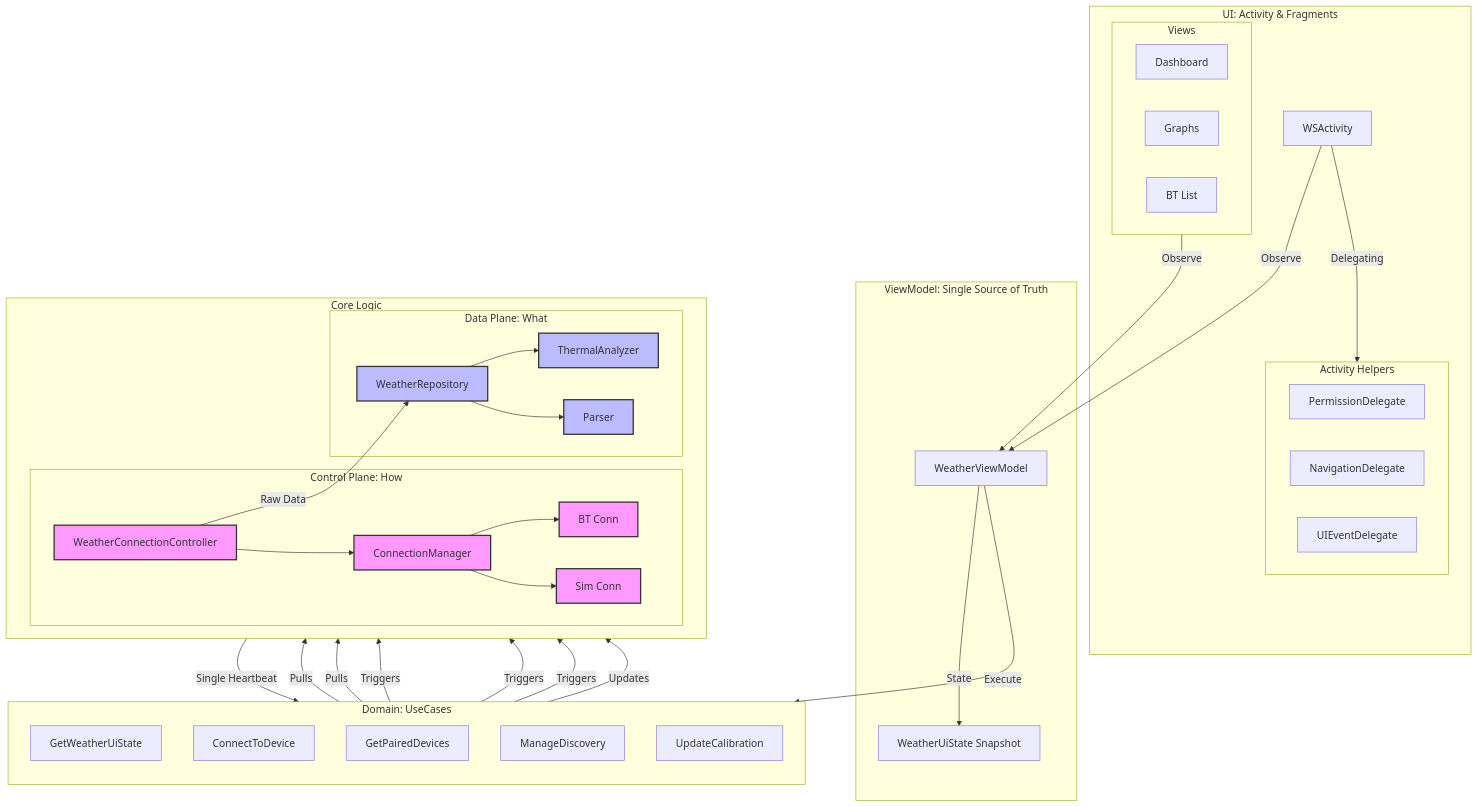
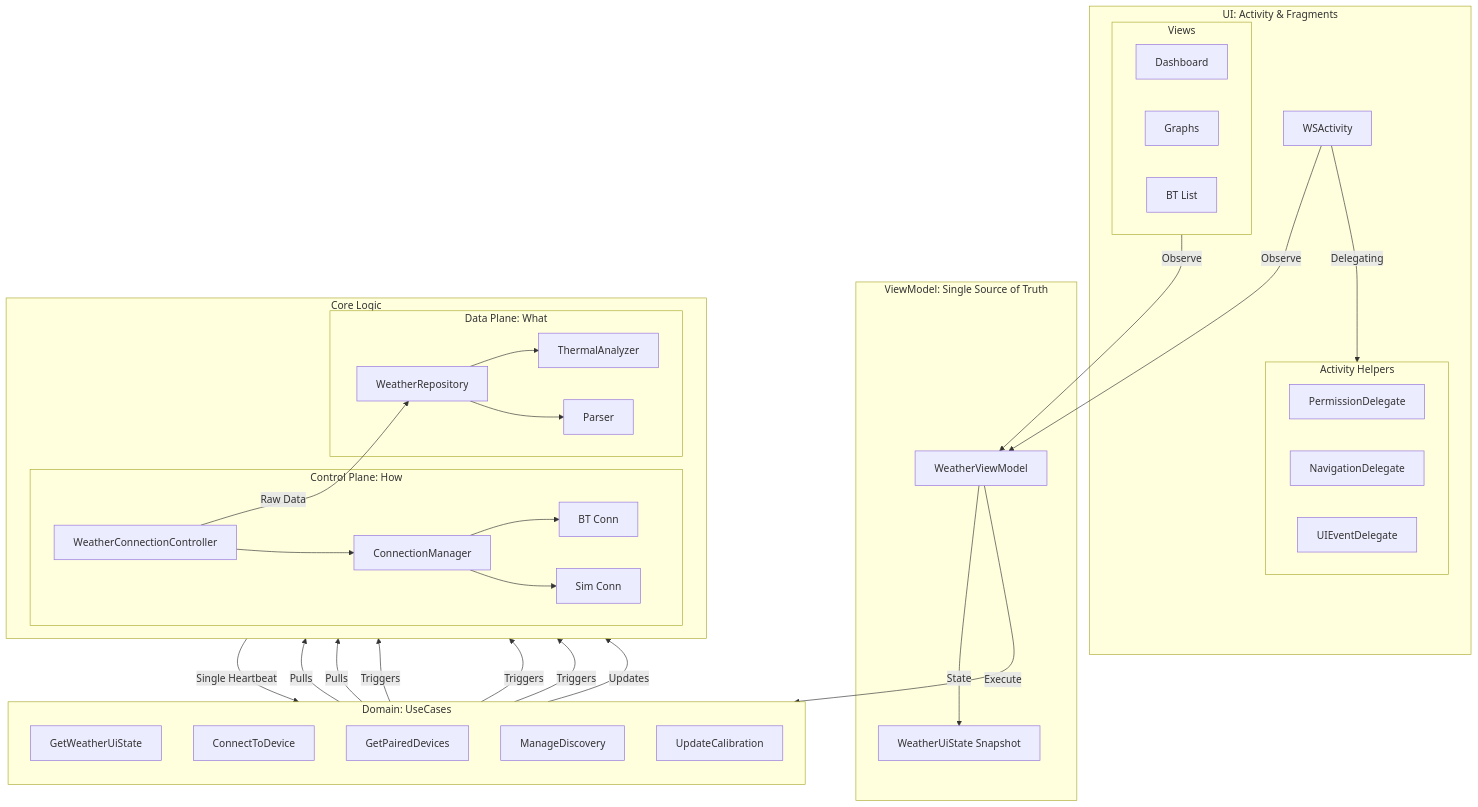
The diagram in ARCHITECTURE.md (Kresshy/Weather-Station), drawn with Mermaid before and after one commit.

Commit message:
Docs: Remove color styling from architecture diagram for better readability

````diff
--- a/ARCHITECTURE.md
+++ b/ARCHITECTURE.md
@@ -19,79 +19,73 @@
 ```mermaid
 graph TD
     %% 1. UI LAYER (Top)
     subgraph UI_Layer [UI: Activity & Fragments]
         WSA[WSActivity]
         
         subgraph Activity_Delegates [Activity Helpers]
             PD[PermissionDelegate]
             ND[NavigationDelegate]
             UED[UIEventDelegate]
         end
         
         subgraph Fragments [Views]
             DF[Dashboard]
             GVF[Graphs]
             BDLF[BT List]
         end
     end
 
     %% 2. VIEWMODEL LAYER
     subgraph VM_Layer [ViewModel: Single Source of Truth]
         WVM[WeatherViewModel]
         WUS[WeatherUiState Snapshot]
     end
 
     %% 3. DOMAIN LAYER (Business Logic)
     subgraph Domain_Layer [Domain: UseCases]
         direction TB
         GWUS[GetWeatherUiState]
         CTD[ConnectToDevice]
         GPD[GetPairedDevices]
         MD[ManageDiscovery]
         UC[UpdateCalibration]
     end
 
     %% 4. PLANES (Implementation)
     subgraph Planes [Core Logic]
         direction LR
         
         subgraph Control_Plane [Control Plane: How]
             WCC[WeatherConnectionController]
             CM[ConnectionManager]
             BC[BT Conn]
             SC[Sim Conn]
         end
 
         subgraph Data_Plane [Data Plane: What]
             WRI[WeatherRepository]
             TA[ThermalAnalyzer]
             WMP[Parser]
         end
     end
 
     %% FLOW CONNECTIONS
     WSA -- Delegating --> Activity_Delegates
     Fragments & WSA -- Observe --> WVM
     WVM -- State --> WUS
     WVM -- Execute --> Domain_Layer
 
     %% UseCase to Plane Mapping
     GWUS -- Pulls --> WRI & WCC
     CTD & GPD & MD -- Triggers --> WCC
     UC -- Updates --> WRI
 
     %% Internal Plane Flow
     WCC -- "Raw Data" --> WRI
     WRI -- "Single Heartbeat" --> GWUS
     
     %% Hardware linkage
     WCC --> CM
     CM --> BC & SC
     WRI --> TA & WMP
-
-    %% Styling
-    classDef control fill:#f9f,stroke:#333,stroke-width:2px;
-    classDef data fill:#bbf,stroke:#333,stroke-width:2px;
-    class WCC,CM,BC,SC control;
-    class WRI,TA,WMP data;
 ```
````
